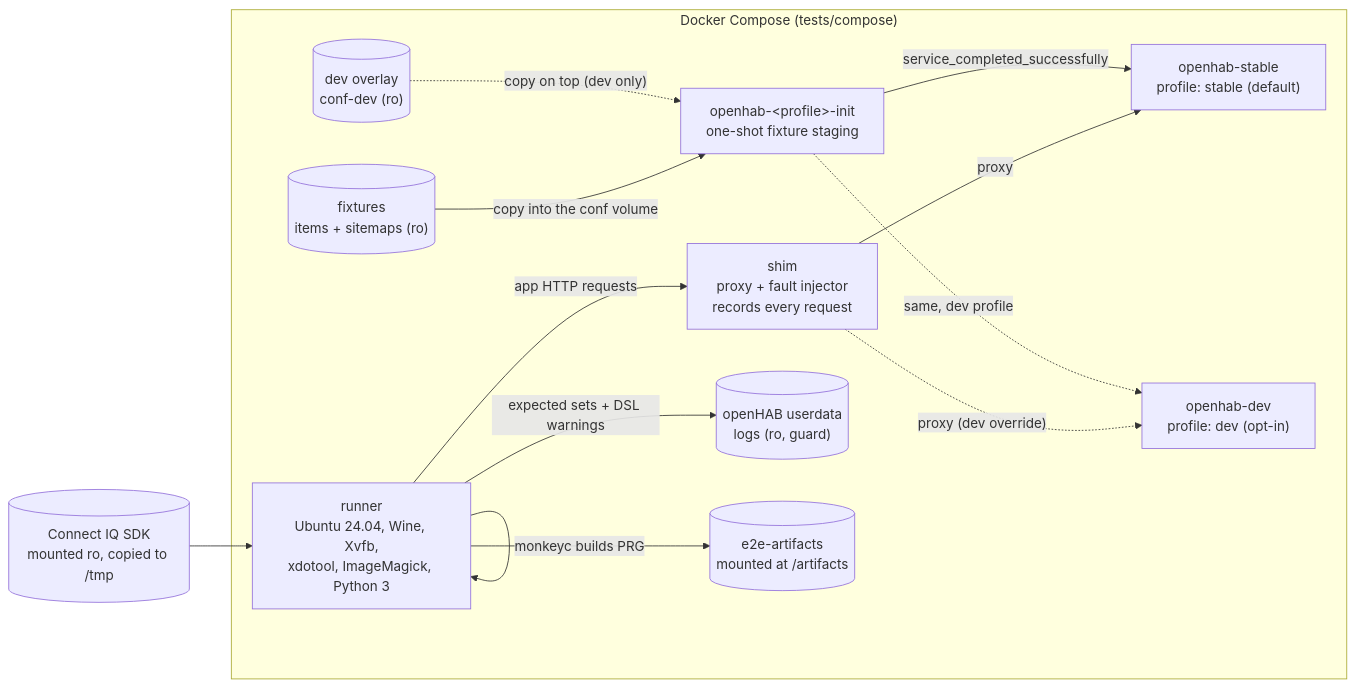
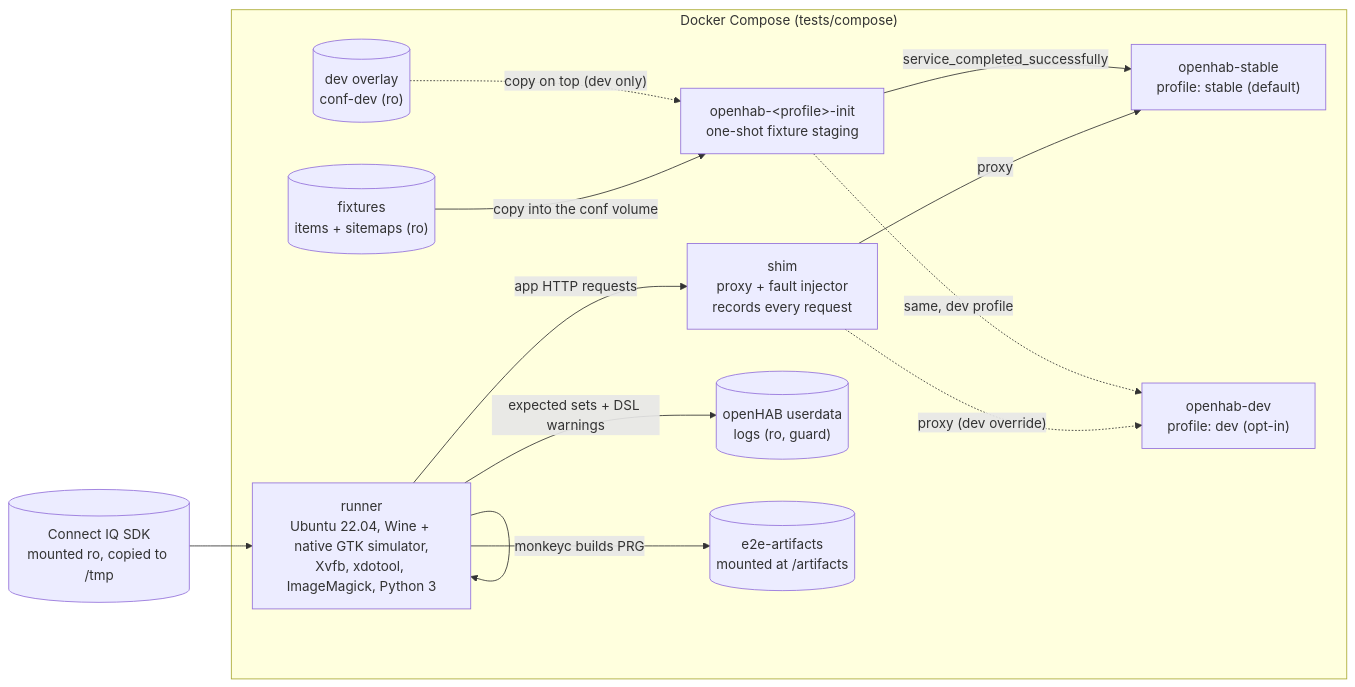
The diagram in tests/docs/architecture.md (openhab/openhab-garmin), drawn with Mermaid before and after one commit. The commit also changed other lines of this file and 34 other files, not shown here.

````diff
--- a/tests/docs/architecture.md
+++ b/tests/docs/architecture.md
@@ -5,26 +5,26 @@
 ```mermaid
 flowchart LR
     subgraph stack["Docker Compose (tests/compose)"]
-        runner["runner<br/>Ubuntu 24.04, Wine, Xvfb,<br/>xdotool, ImageMagick, Python 3"]
+        runner["runner<br/>Ubuntu 22.04, Wine + native GTK simulator,<br/>Xvfb, xdotool, ImageMagick, Python 3"]
         shim["shim<br/>proxy + fault injector<br/>records every request"]
         init["openhab-&lt;profile&gt;-init<br/>one-shot fixture staging"]
         stable["openhab-stable<br/>profile: stable (default)"]
         dev["openhab-dev<br/>profile: dev (opt-in)"]
         fx[("fixtures<br/>items + sitemaps (ro)")]
         overlay[("dev overlay<br/>conf-dev (ro)")]
         logs[("openHAB userdata<br/>logs (ro, guard)")]
         arts[("e2e-artifacts<br/>mounted at /artifacts")]
     end
     sdk[("Connect IQ SDK<br/>mounted ro, copied to /tmp")]
     sdk --> runner
     runner -->|"monkeyc builds PRG"| runner
     runner -->|"app HTTP requests"| shim
     shim -->|"proxy"| stable
     shim -.->|"proxy (dev override)"| dev
     fx -->|"copy into the conf volume"| init
     overlay -.->|"copy on top (dev only)"| init
     init -->|"service_completed_successfully"| stable
     init -.->|"same, dev profile"| dev
     runner -->|"expected sets + DSL warnings"| logs
     runner --> arts
 ```
````
